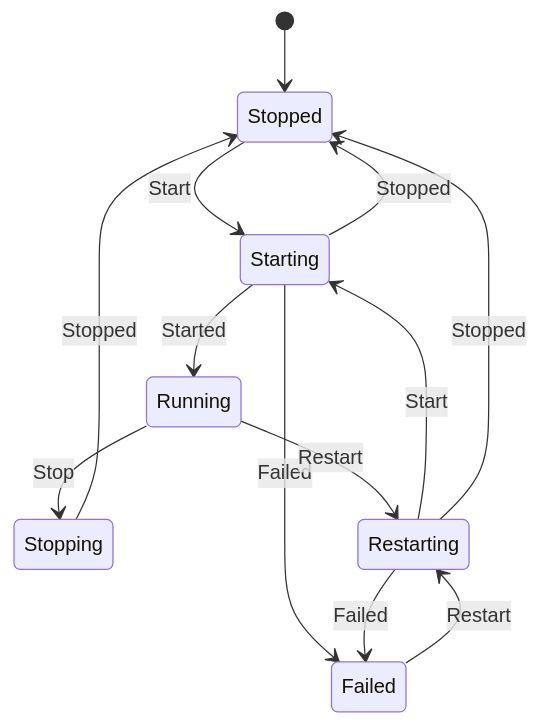
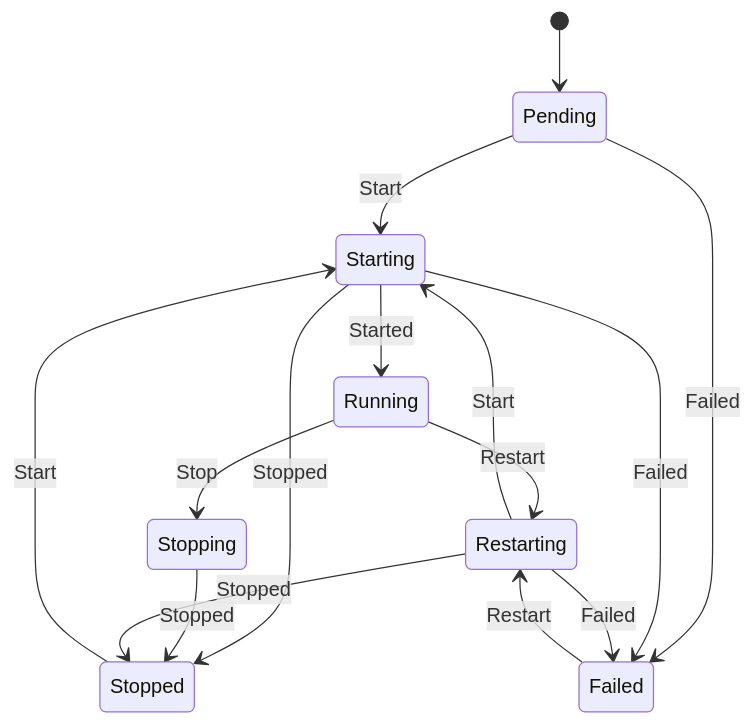
The fifth of 8 diagrams in ARCHITECTURE.md (tab/fuku), drawn with Mermaid before and after one commit. The commit also changed other lines of this file and 11 other files, not shown here.

````diff
--- a/ARCHITECTURE.md
+++ b/ARCHITECTURE.md
@@ -488,21 +488,24 @@
 ```mermaid
 stateDiagram-v2
-    [*] --> Stopped
+    [*] --> Pending
+
+    Pending --> Starting : Start
+    Pending --> Failed : Failed
 
     Stopped --> Starting : Start
 
     Starting --> Running : Started
     Starting --> Failed : Failed
     Starting --> Stopped : Stopped
 
     Running --> Stopping : Stop
     Running --> Restarting : Restart
 
     Stopping --> Stopped : Stopped
 
     Failed --> Restarting : Restart
 
     Restarting --> Starting : Start
     Restarting --> Stopped : Stopped
     Restarting --> Failed : Failed
 ```
````
